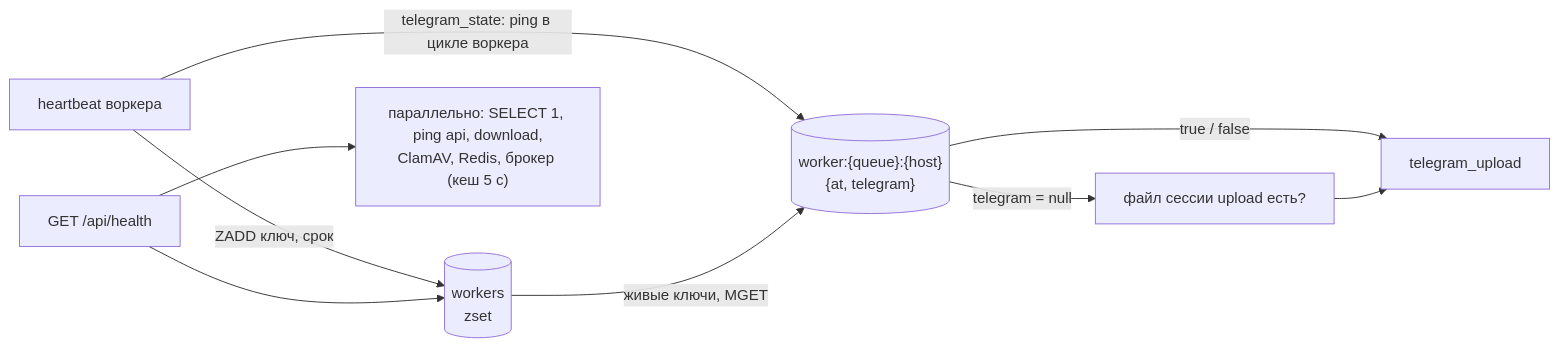
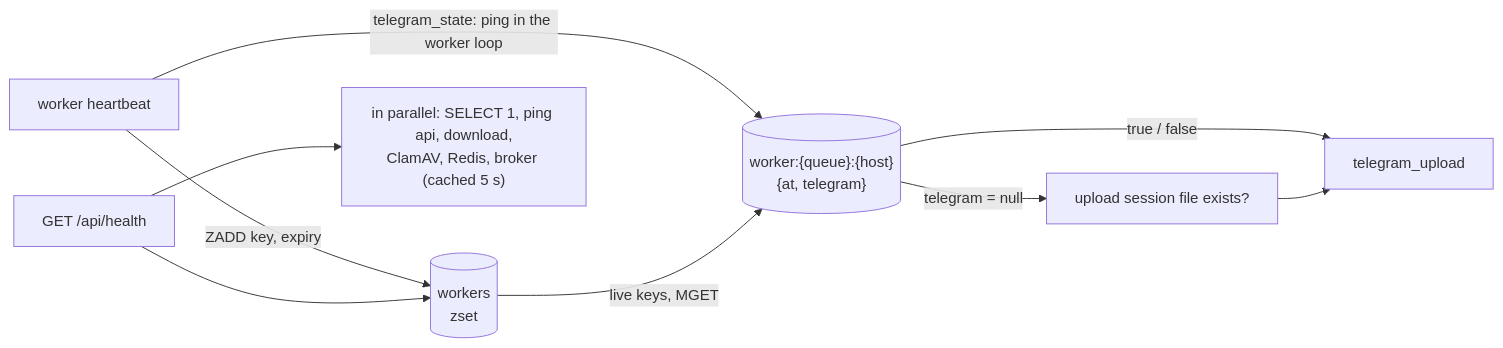
The sixth of 7 diagrams in docs/background-tasks.md (NikitkaZXC/tcloud-backend), drawn with Mermaid before and after one commit. The commit also changed other lines of this file and 20 other files, not shown here.

````diff
--- a/docs/background-tasks.md
+++ b/docs/background-tasks.md
@@ -474,11 +474,11 @@
 ```mermaid
 flowchart LR
-    hb["heartbeat воркера"] -->|telegram_state: ping в цикле воркера| key[("worker:{queue}:{host}<br/>{at, telegram}")]
-    hb -->|ZADD ключ, срок| reg[("workers<br/>zset")]
-    api["GET /api/health"] --> p1["параллельно: SELECT 1, ping api, download,<br/>ClamAV, Redis, брокер (кеш 5 с)"]
+    hb["worker heartbeat"] -->|telegram_state: ping in the worker loop| key[("worker:{queue}:{host}<br/>{at, telegram}")]
+    hb -->|ZADD key, expiry| reg[("workers<br/>zset")]
+    api["GET /api/health"] --> p1["in parallel: SELECT 1, ping api, download,<br/>ClamAV, Redis, broker (cached 5 s)"]
     api --> reg
-    reg -->|живые ключи, MGET| key
-    key -->|telegram = null| file["файл сессии upload есть?"]
+    reg -->|live keys, MGET| key
+    key -->|telegram = null| file["upload session file exists?"]
     key -->|true / false| up["telegram_upload"]
     file --> up
 ```
````
